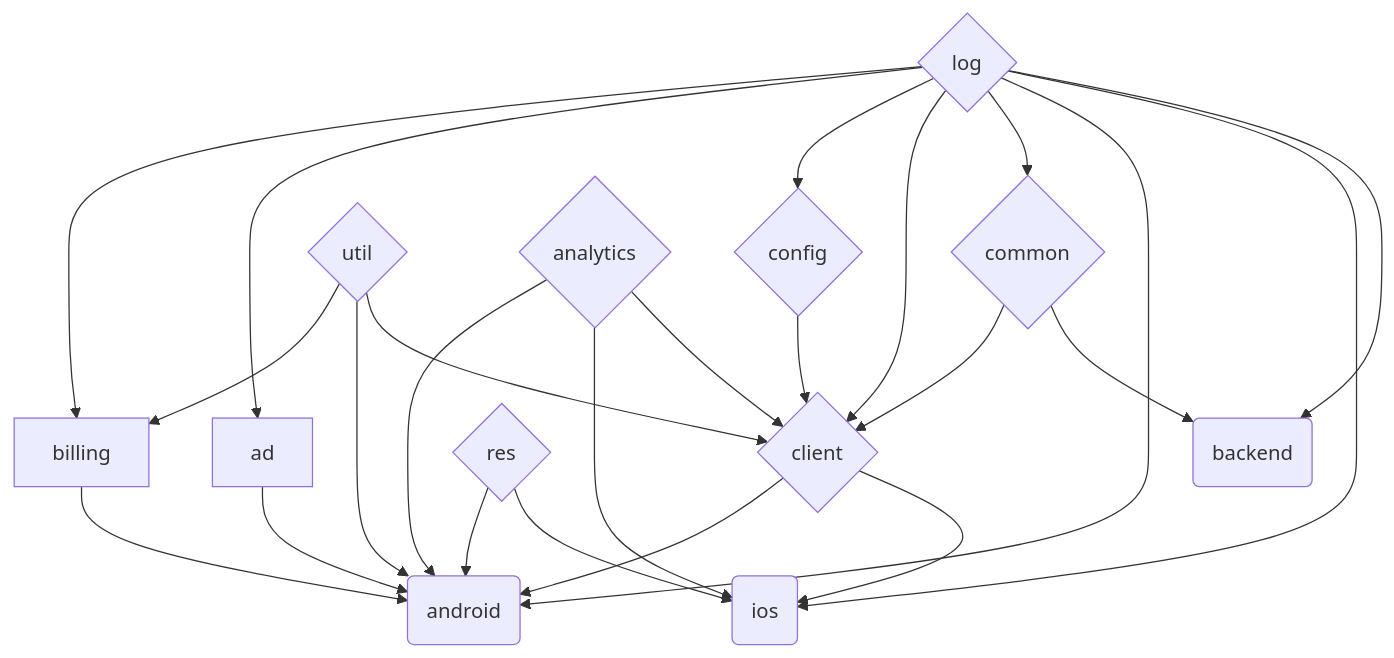
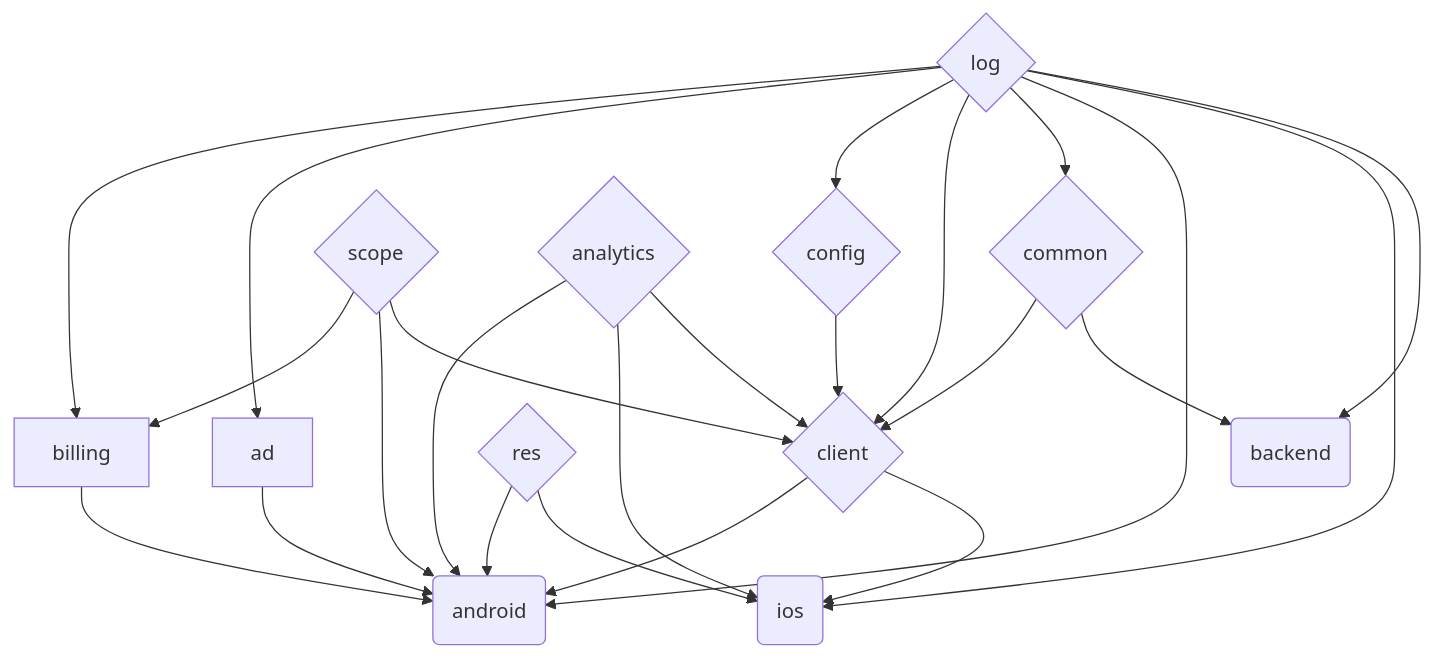
One commit to Oztechan/CCC changed the first of 3 diagrams in README.md. Above: the diagram before and after it, drawn with Mermaid. The commit also changed 7 other files, not shown here.

````diff
--- a/README.md
+++ b/README.md
@@ -28,39 +28,39 @@
 ```mermaid
 graph TD;
 
 log{log} --> billing
 log --> ad
 log --> config
 log --> client
 log --> common
 log --> android
 log --> ios
 log --> backend
 
-util{util} --> billing
-util --> android
-util --> client
+scope{scope} --> billing
+scope --> android
+scope --> client
 
 billing-->android
 
 ad-->android
 
 config{config}-->client
 
 analytics{analytics} --> android
 analytics --> ios
 analytics-->client
 
 res{res}-->android
 res-->ios
 
 client{client}-->android
 client-->ios
 
 common{common}-->client
 common-->backend
 
 android(android)
 ios(ios)
 backend(backend)
 ```
````
